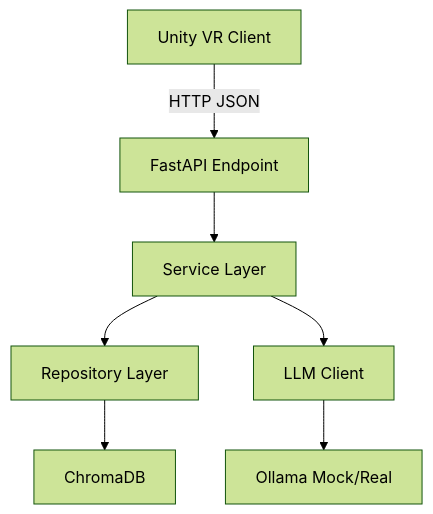
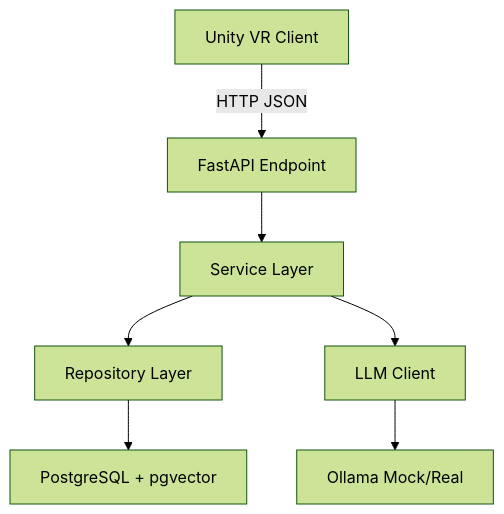
One commit to Nicolas-12000/PulmoMed-Backend changed the diagram in README.md. Above: the diagram before and after it, drawn with Mermaid (forest theme). The commit also changed other lines of this file and 27 other files, not shown here.

````diff
--- a/README.md
+++ b/README.md
@@ -194,9 +198,9 @@
 ```mermaid
 graph TD
     A[Unity VR Client] -->|HTTP JSON| B[FastAPI Endpoint]
     B --> C[Service Layer]
     C --> D[Repository Layer]
     C --> E[LLM Client]
-    D --> F[ChromaDB]
+    D --> F[PostgreSQL + pgvector]
     E --> G[Ollama Mock/Real]
 ```
````
